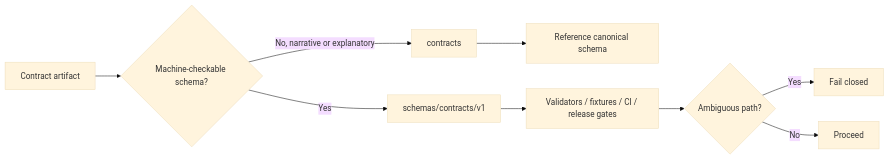
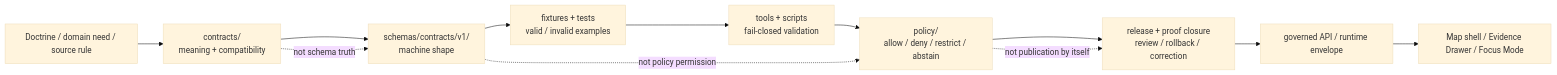
Before and after one commit to bartytime4life/Kansas-Frontier-Matrix: the diagram in docs/adr/ADR-0001-schema-home.md, drawn with Mermaid (base theme). The commit also changed other lines of this file, not shown here.

````diff
--- a/docs/adr/ADR-0001-schema-home.md
+++ b/docs/adr/ADR-0001-schema-home.md
@@ -198,11 +200,15 @@
 ```mermaid
 flowchart LR
-  C[Contract artifact] --> Q{Machine-checkable schema?}
-  Q -->|Yes| S[schemas/contracts/v1]
-  Q -->|No, narrative or explanatory| H[contracts]
-  H --> R[Reference canonical schema]
-  S --> V[Validators / fixtures / CI / release gates]
-  V --> P{Ambiguous path?}
-  P -->|Yes| F[Fail closed]
-  P -->|No| A[Proceed]
+  Doctrine[Doctrine / domain need / source rule] --> Contracts[contracts/<br/>meaning + compatibility]
+  Contracts --> Schemas[schemas/contracts/v1/<br/>machine shape]
+  Schemas --> Fixtures[fixtures + tests<br/>valid / invalid examples]
+  Fixtures --> Validators[tools + scripts<br/>fail-closed validation]
+  Validators --> Policy[policy/<br/>allow / deny / restrict / abstain]
+  Policy --> Release[release + proof closure<br/>review / rollback / correction]
+  Release --> Runtime[governed API / runtime envelope]
+  Runtime --> UI[Map shell / Evidence Drawer / Focus Mode]
+
+  Contracts -. not schema truth .-> Schemas
+  Schemas -. not policy permission .-> Policy
+  Policy -. not publication by itself .-> Release
 ```
````
